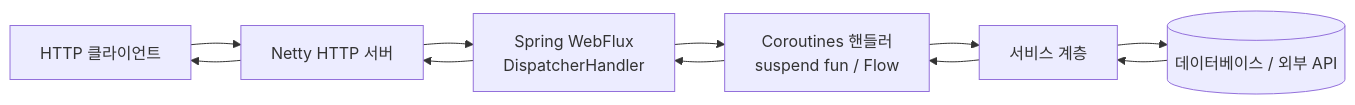
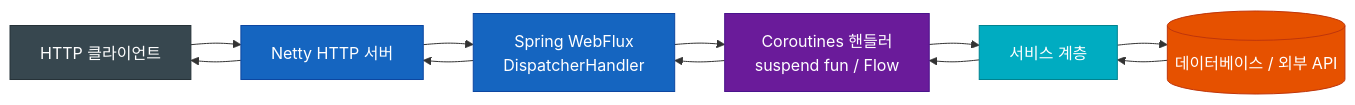
The second of 4 diagrams in spring-boot4/core/README.ko.md (bluetape4k/bluetape4k-projects), drawn with Mermaid before and after one commit. The commit also changed other lines of this file and 221 other files, not shown here.

First line of the commit message:
docs: 전체 모듈 README UML 다이어그램 보강 및 색상 업그레이드

````diff
--- a/spring-boot4/core/README.ko.md
+++ b/spring-boot4/core/README.ko.md
@@ -214,13 +220,25 @@
 ```mermaid
 flowchart LR
     Client["HTTP 클라이언트"] --> Netty["Netty HTTP 서버"]
     Netty --> WebFlux["Spring WebFlux<br/>DispatcherHandler"]
     WebFlux --> Handler["Coroutines 핸들러<br/>suspend fun / Flow"]
     Handler --> Service["서비스 계층"]
     Service --> DB[("데이터베이스 / 외부 API")]
     DB --> Service
     Service --> Handler
     Handler --> WebFlux
     WebFlux --> Netty
     Netty --> Client
+
+    classDef clientStyle fill:#37474F,stroke:#263238,color:#FFFFFF
+    classDef serverStyle fill:#1565C0,stroke:#0D47A1,color:#FFFFFF
+    classDef handlerStyle fill:#6A1B9A,stroke:#4A148C,color:#FFFFFF
+    classDef serviceStyle fill:#00ACC1,stroke:#00838F,color:#FFFFFF
+    classDef dataStyle fill:#E65100,stroke:#BF360C,color:#FFFFFF
+
+    class Client clientStyle
+    class Netty,WebFlux serverStyle
+    class Handler handlerStyle
+    class Service serviceStyle
+    class DB dataStyle
 ```
````
